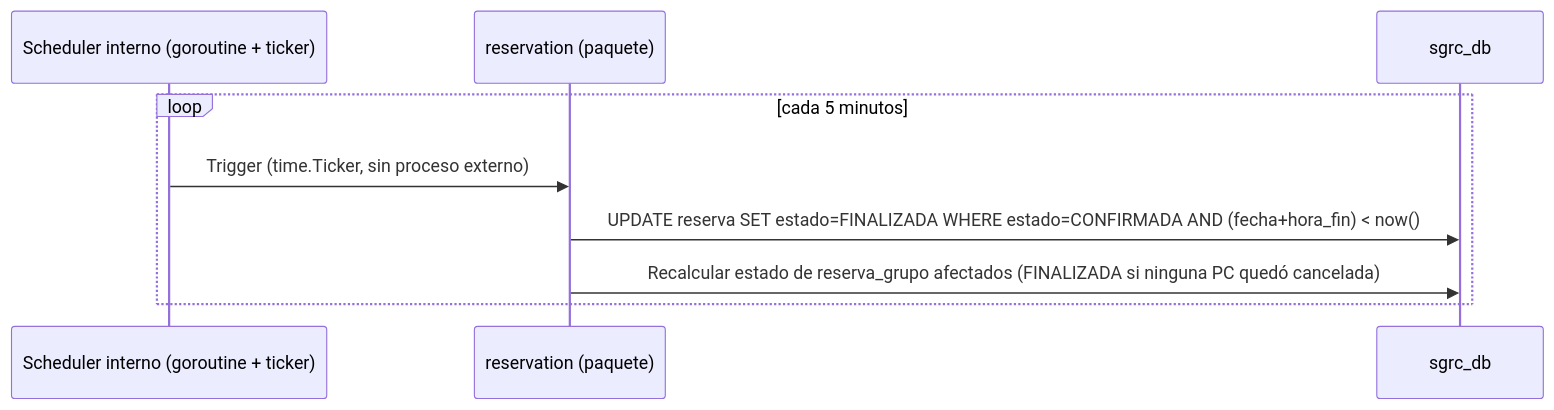
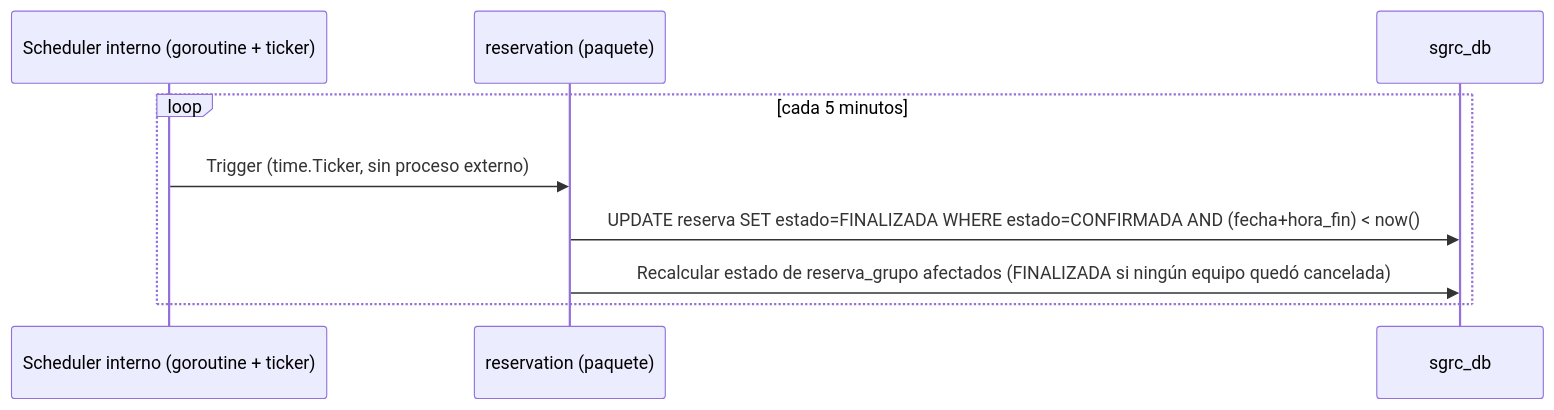
Diagram 12 of 13 in docs/04-diagramas-secuencia.md (agustin-y2k/sgrc), drawn with Mermaid before and after one commit. The commit also changed other lines of this file and 81 other files, not shown here.

````diff
--- a/docs/04-diagramas-secuencia.md
+++ b/docs/04-diagramas-secuencia.md
@@ -382,12 +382,12 @@
 ```mermaid
 sequenceDiagram
     participant CRON as Scheduler interno (goroutine + ticker)
     participant RES as reservation (paquete)
     participant DB as sgrc_db
 
     loop cada 5 minutos
         CRON->>RES: Trigger (time.Ticker, sin proceso externo)
         RES->>DB: UPDATE reserva SET estado=FINALIZADA WHERE estado=CONFIRMADA AND (fecha+hora_fin) < now()
-        RES->>DB: Recalcular estado de reserva_grupo afectados (FINALIZADA si ninguna PC quedó cancelada)
+        RES->>DB: Recalcular estado de reserva_grupo afectados (FINALIZADA si ningún equipo quedó cancelada)
     end
 ```
````
